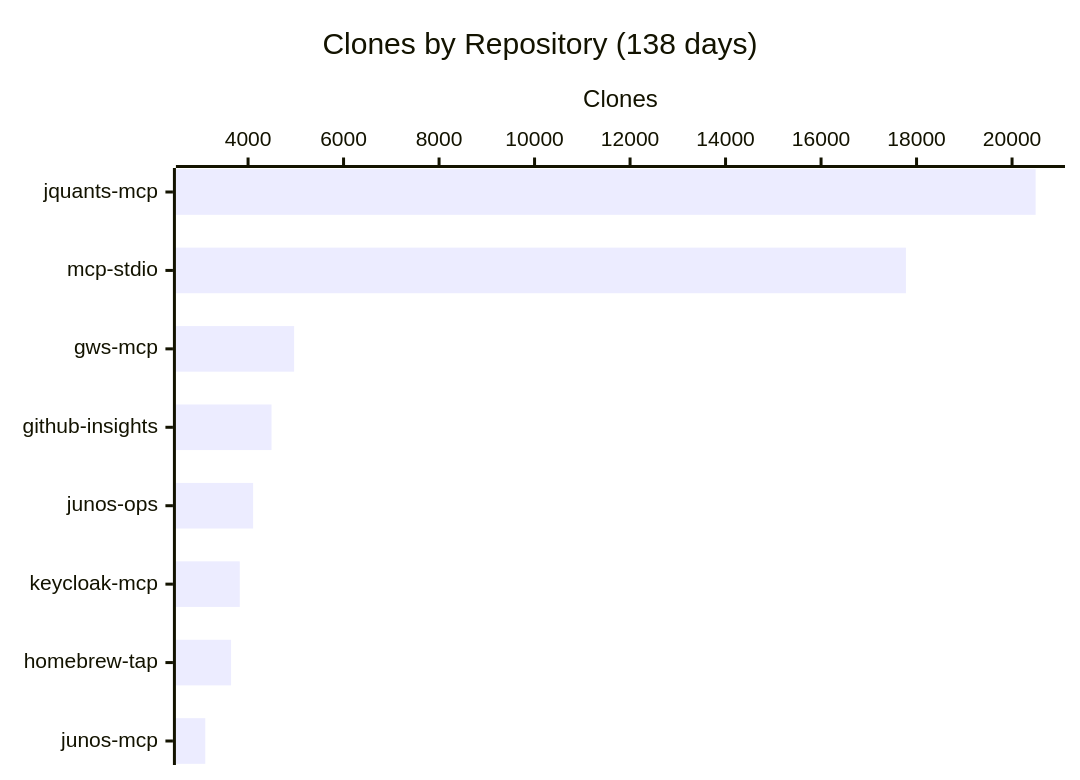
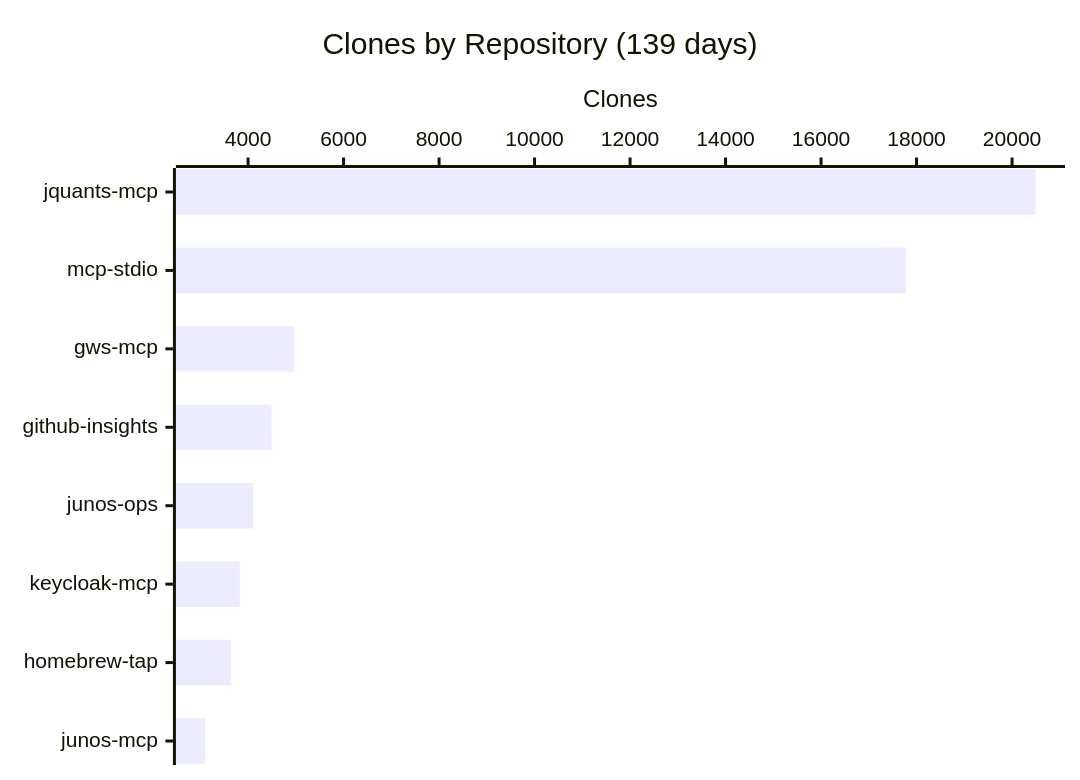
The fourth of 4 diagrams in README.md (shigechika/github-insights), drawn with Mermaid before and after one commit. The commit also changed other lines of this file and 2 other files, not shown here.

````diff
--- a/README.md
+++ b/README.md
@@ -58,7 +58,7 @@
 ```mermaid
 xychart-beta horizontal
-    title "Clones by Repository (138 days)"
+    title "Clones by Repository (139 days)"
     x-axis ["jquants-mcp", "mcp-stdio", "gws-mcp", "github-insights", "junos-ops", "keycloak-mcp", "homebrew-tap", "junos-mcp"]
     y-axis "Clones"
-    bar [20494, 17777, 4965, 4491, 4106, 3826, 3644, 3104]
+    bar [20494, 17777, 4973, 4491, 4106, 3826, 3644, 3104]
 ```
````
